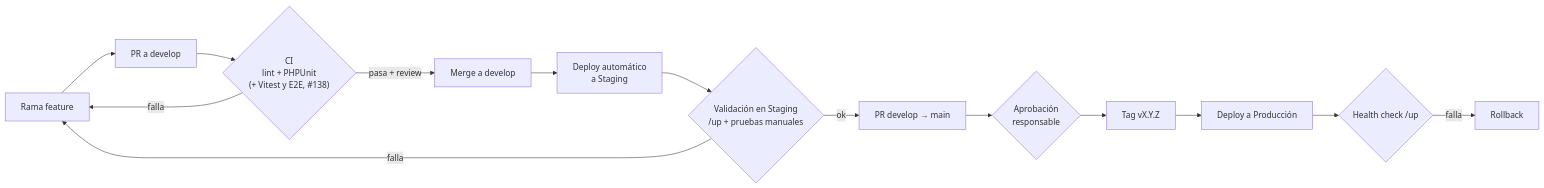
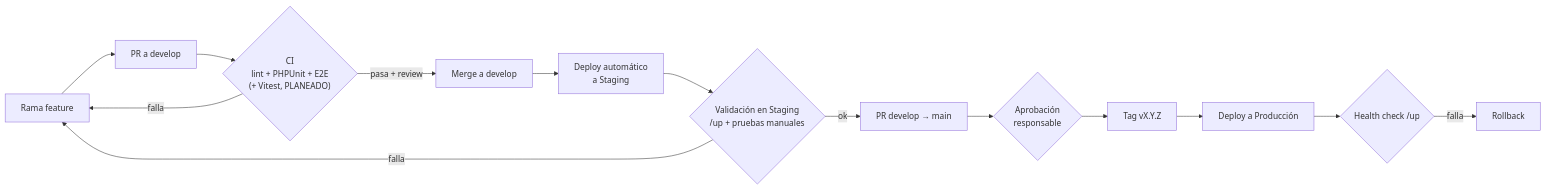
One commit to Guadalupe-16/BibliotecaOnline changed the diagram in docs/planeacion/estrategia-despliegue.md. Above: the diagram before and after it, drawn with Mermaid. The commit also changed other lines of this file and 5 other files, not shown here.

````diff
--- a/docs/planeacion/estrategia-despliegue.md
+++ b/docs/planeacion/estrategia-despliegue.md
@@ -52,16 +53,16 @@
 ```mermaid
 flowchart LR
     A["Rama feature"] --> B["PR a develop"]
-    B --> C{"CI<br/>lint + PHPUnit<br/>(+ Vitest y E2E, #138)"}
+    B --> C{"CI<br/>lint + PHPUnit + E2E<br/>(+ Vitest, PLANEADO)"}
     C -- falla --> A
     C -- pasa + review --> D["Merge a develop"]
     D --> E["Deploy automático<br/>a Staging"]
     E --> F{"Validación en Staging<br/>/up + pruebas manuales"}
     F -- falla --> A
     F -- ok --> G["PR develop → main"]
     G --> H{"Aprobación<br/>responsable"}
     H --> I["Tag vX.Y.Z"]
     I --> J["Deploy a Producción"]
     J --> K{"Health check /up"}
     K -- falla --> L["Rollback"]
 ```
````
